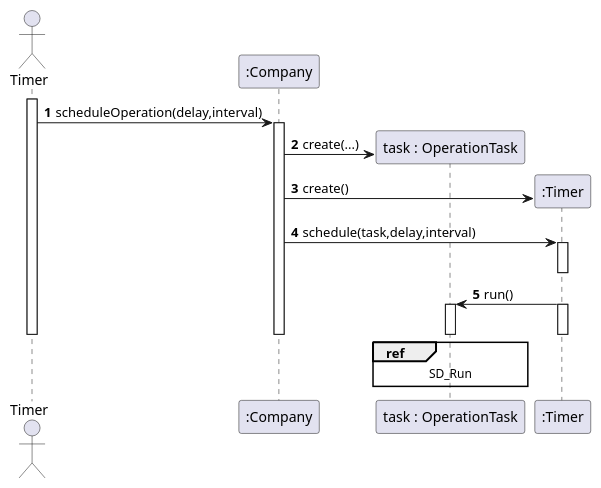
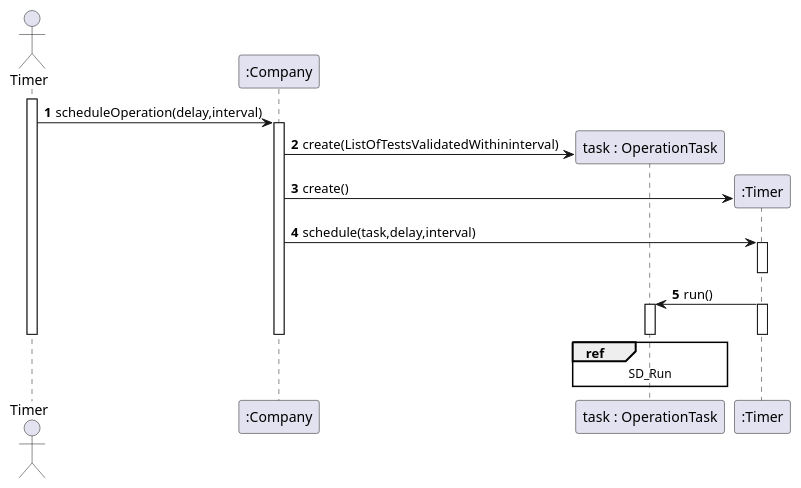
The diagram in docs/SprintD/US19/US19_SD.puml (manu-07-ela/LAPR2_ISEP), drawn with PlantUML before and after one commit. The commit also changed 3 other files, not shown here.

```diff
--- a/docs/SprintD/US19/US19_SD.puml
+++ b/docs/SprintD/US19/US19_SD.puml
@@ -1,32 +1,33 @@
 @startuml
 autonumber
 'hide footbox
 actor "Timer" as TM
 
 participant ":Company" as Comp
 participant "task : OperationTask" as Task
 participant ":Timer" as Timer
 
 activate TM
 TM -> Comp : scheduleOperation(delay,interval)
 activate Comp
-Comp -> Task** : create(...)
+
+Comp -> Task** : create(ListOfTestsValidatedWithininterval)
 Comp -> Timer** : create()
 Comp -> Timer : schedule(task,delay,interval)
 activate Timer
 deactivate Timer
 Timer -> Task : run()
 ref over Task
 SD_Run
 end ref
 activate Timer
 activate Task
 deactivate Task
 deactivate Timer
 deactivate Comp
 
 
 
 deactivate TM
 
 @enduml
```
